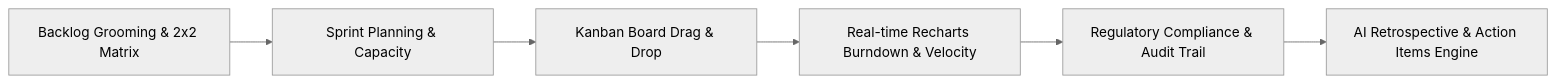
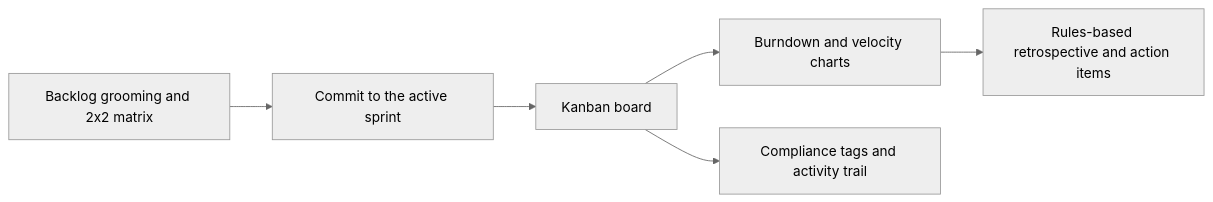
The diagram in README.md (MadanMohan0537/Sprint-Forge), drawn with Mermaid (neutral theme) before and after one commit. The commit also changed other lines of this file, not shown here.

````diff
--- a/README.md
+++ b/README.md
@@ -66,8 +62,8 @@
 ```mermaid
 flowchart LR
-    A[Backlog Grooming & 2x2 Matrix] --> B[Sprint Planning & Capacity]
-    B --> C[Kanban Board Drag & Drop]
-    C --> D[Real-time Recharts Burndown & Velocity]
-    D --> E[Regulatory Compliance & Audit Trail]
-    E --> F[AI Retrospective & Action Items Engine]
+    A[Backlog grooming and 2x2 matrix] --> B[Commit to the active sprint]
+    B --> C[Kanban board]
+    C --> D[Burndown and velocity charts]
+    C --> E[Compliance tags and activity trail]
+    D --> F[Rules-based retrospective and action items]
 ```
````
